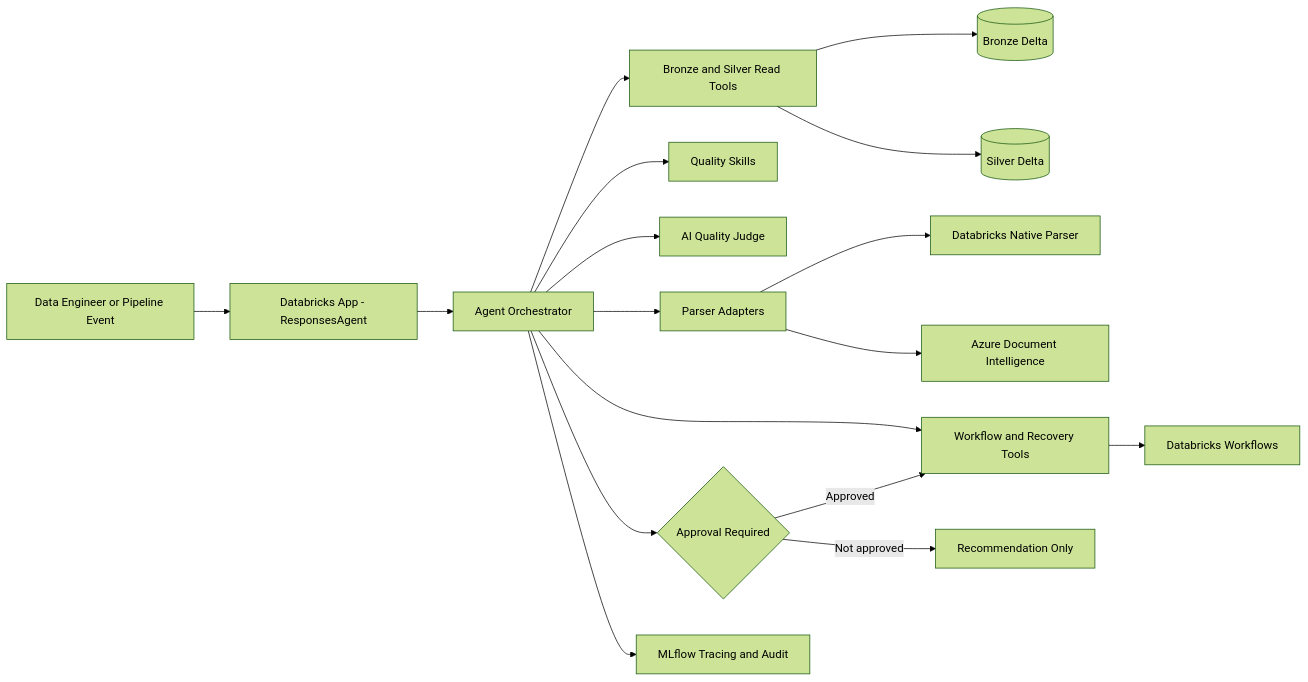
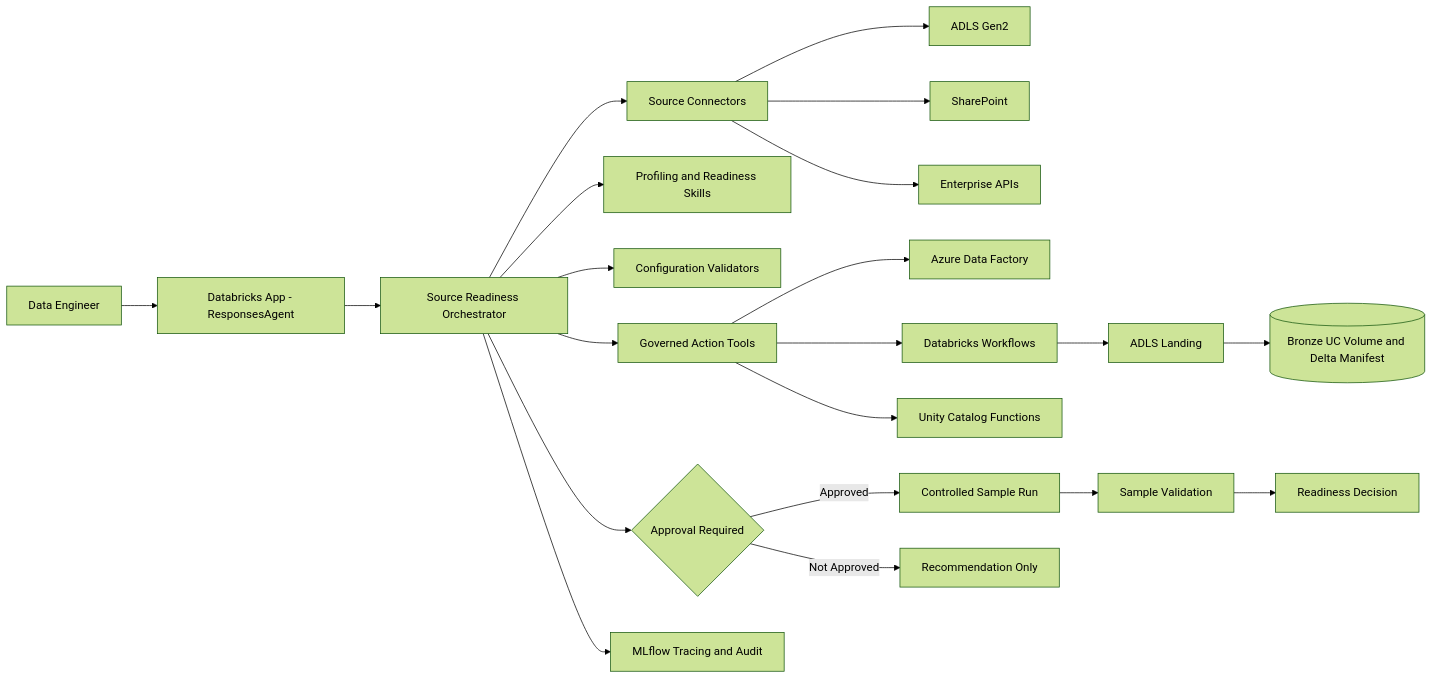
One commit to venkatesh27das/Data-Engineering-Dump-Box changed the diagram in README.md. Above: the diagram before and after it, drawn with Mermaid (forest theme). The commit also changed other lines of this file and 194 other files, not shown here.

````diff
--- a/README.md
+++ b/README.md
@@ -9,22 +9,30 @@
 ```mermaid
 flowchart LR
-    U[Data Engineer or Pipeline Event] --> A[Databricks App - ResponsesAgent]
-    A --> O[Agent Orchestrator]
-    O --> R[Bronze and Silver Read Tools]
-    O --> Q[Quality Skills]
-    O --> J[AI Quality Judge]
-    O --> P[Parser Adapters]
-    O --> W[Workflow and Recovery Tools]
+    U[Data Engineer] --> A[Databricks App - ResponsesAgent]
+    A --> O[Source Readiness Orchestrator]
 
-    R --> B[(Bronze Delta)]
-    R --> S[(Silver Delta)]
-    P --> DV[Databricks Native Parser]
-    P --> ADI[Azure Document Intelligence]
-    W --> DBW[Databricks Workflows]
+    O --> C[Source Connectors]
+    O --> P[Profiling and Readiness Skills]
+    O --> V[Configuration Validators]
+    O --> T[Governed Action Tools]
+
+    C --> ADLS[ADLS Gen2]
+    C --> SP[SharePoint]
+    C --> API[Enterprise APIs]
+
+    T --> ADF[Azure Data Factory]
+    T --> DBW[Databricks Workflows]
+    T --> UC[Unity Catalog Functions]
+
+    DBW --> LAND[ADLS Landing]
+    LAND --> BR[(Bronze UC Volume and Delta Manifest)]
 
     O --> AP{Approval Required}
-    AP -->|Approved| W
-    AP -->|Not approved| REC[Recommendation Only]
+    AP -->|Approved| SR[Controlled Sample Run]
+    AP -->|Not Approved| REC[Recommendation Only]
+
+    SR --> VAL[Sample Validation]
+    VAL --> READY[Readiness Decision]
 
     O --> M[MLflow Tracing and Audit]
 ```
````
